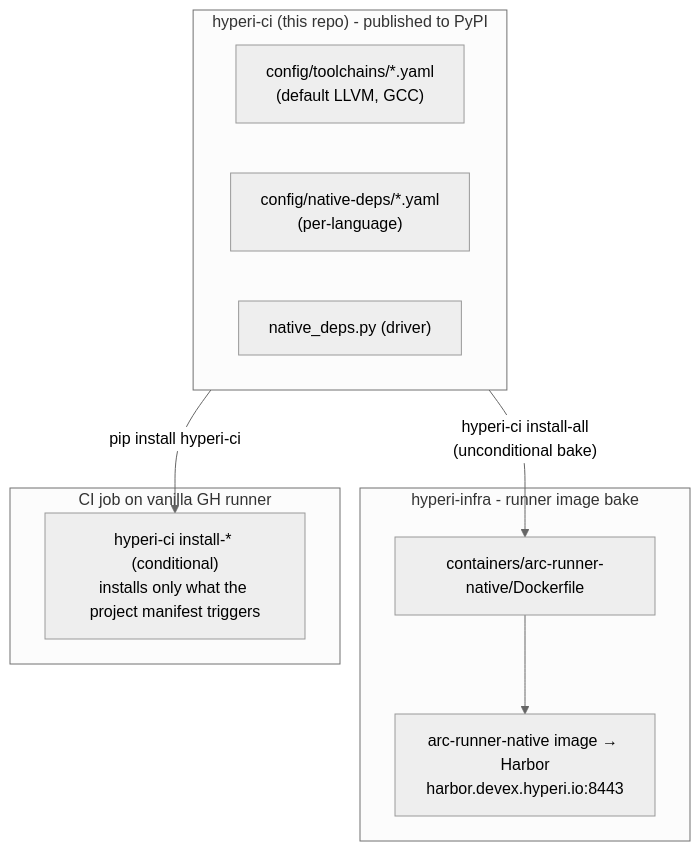
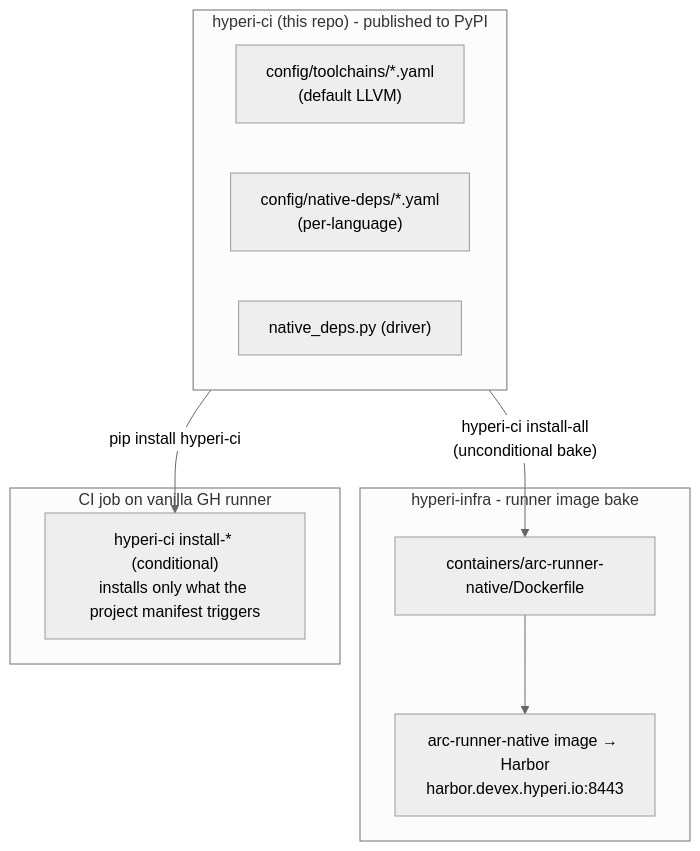
Before and after one commit to hyperi-io/hyperi-ci: the diagram in docs/runtime/runner-image.md, drawn with Mermaid (neutral theme). The commit also changed other lines of this file and 23 other files, not shown here.

````diff
--- a/docs/runtime/runner-image.md
+++ b/docs/runtime/runner-image.md
@@ -14,17 +14,17 @@
 ```mermaid
 flowchart TB
     subgraph HCI["hyperi-ci (this repo) - published to PyPI"]
-        TC["config/toolchains/*.yaml<br/>(default LLVM, GCC)"]
+        TC["config/toolchains/*.yaml<br/>(default LLVM)"]
         ND["config/native-deps/*.yaml<br/>(per-language)"]
         DRV["native_deps.py (driver)"]
     end
     subgraph INFRA["hyperi-infra - runner image bake"]
         DF["containers/arc-runner-native/Dockerfile"]
         IMG["arc-runner-native image → Harbor<br/>harbor.devex.hyperi.io:8443"]
     end
     subgraph CIJOB["CI job on vanilla GH runner"]
         AUTO["hyperi-ci install-* (conditional)<br/>installs only what the project manifest triggers"]
     end
     HCI -->|"hyperi-ci install-all<br/>(unconditional bake)"| DF --> IMG
     HCI -->|"pip install hyperi-ci"| AUTO
 ```
````
